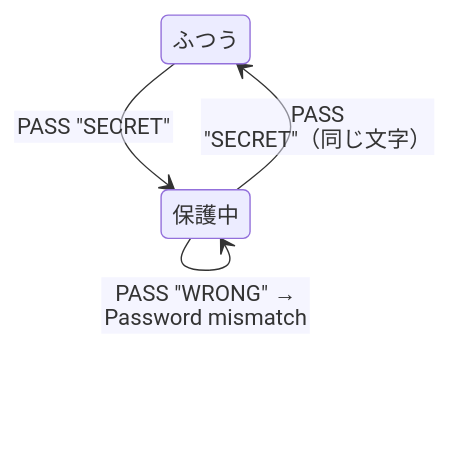
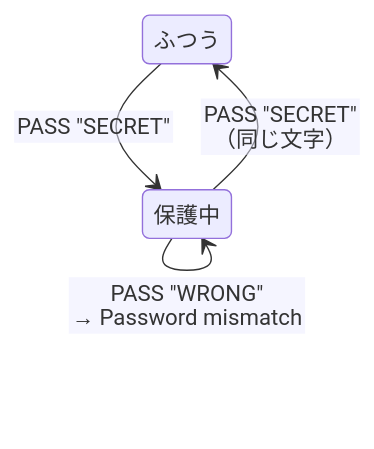
Before and after one commit to litchi-gh/pc-e500_tools: the diagram in docs/handbook/16_PF_KEYS.md, drawn with Mermaid. The commit also changed 14 other files, not shown here.

First line of the commit message:
Docs: wrap state diagram and timeline labels by hand

````diff
--- a/docs/handbook/16_PF_KEYS.md
+++ b/docs/handbook/16_PF_KEYS.md
@@ -128,9 +128,9 @@
 ```mermaid
 %%{init: {"htmlLabels": false, "flowchart": {"htmlLabels": false, "wrappingWidth": 1000}}}%%
 stateDiagram-v2
   state "ふつう" as A
   state "保護中" as B
   A --> B: PASS "SECRET"
-  B --> A: PASS "SECRET"（同じ文字）
-  B --> B: PASS "WRONG" → Password mismatch
+  B --> A: PASS "SECRET"<br>（同じ文字）
+  B --> B: PASS "WRONG"<br>→ Password mismatch
 ```
````
